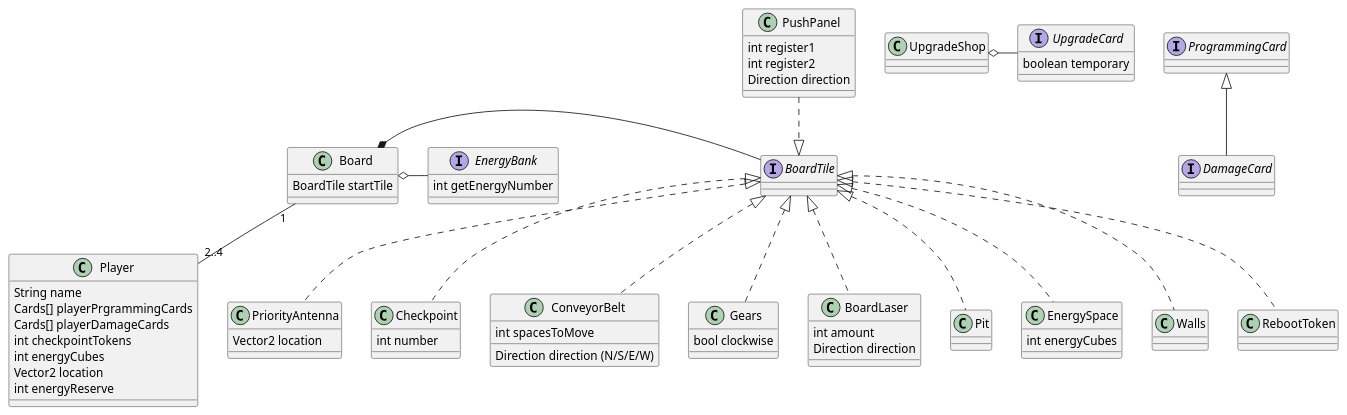
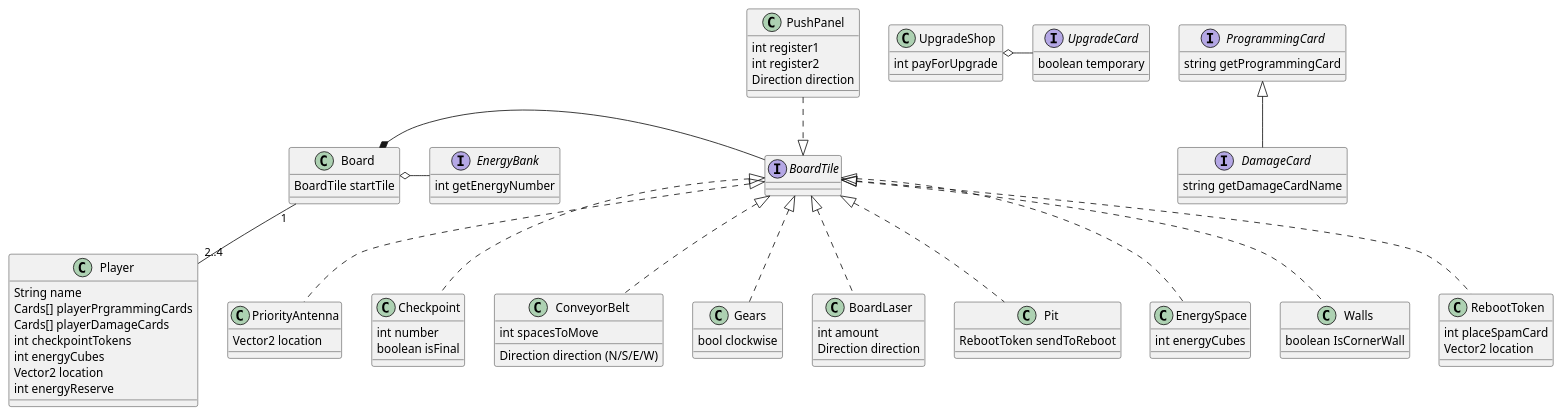
One commit to nikguin04/RoboRally changed the diagram in etc/domain.pu. Above: the diagram before and after it, drawn with PlantUML.

Commit message:
Added things to, UpgradeShop, ProgrammingCard, DamageCard, Checkpoint, Pit, Walls and RebootToken

```diff
--- a/etc/domain.pu
+++ b/etc/domain.pu
@@ -1,67 +1,79 @@
 @startuml
 
 class Player {
     String name
     Cards[] playerPrgrammingCards
     Cards[] playerDamageCards
     int checkpointTokens
     int energyCubes
     Vector2 location
     int energyReserve 
 }
 
 class Board {
     BoardTile startTile
 }
 Board *- BoardTile
 Board "1" -- "2..4" Player
 
 interface BoardTile { }
 
 interface EnergyBank {
     int getEnergyNumber
 }
 Board o- EnergyBank
 
-class RebootToken implements BoardTile { }
+class RebootToken implements BoardTile {
+    int placeSpamCard
+    Vector2 location
+}
 class PriorityAntenna implements BoardTile {
     Vector2 location
  }
 class Checkpoint implements BoardTile {
     int number
+    boolean isFinal
 }
 class ConveyorBelt implements BoardTile {
     int spacesToMove
     Direction direction (N/S/E/W)
 }
 class PushPanel {
     int register1
     int register2
     Direction direction
 }
 BoardTile <|.up. PushPanel
 class Gears implements BoardTile {
     bool clockwise
 }
 class BoardLaser implements BoardTile {
     int amount
     Direction direction
 }
-class Pit implements BoardTile {}
+class Pit implements BoardTile {
+    RebootToken sendToReboot
+}
 class EnergySpace implements BoardTile {
     int energyCubes
 }
 class Walls implements BoardTile {
-    
+    boolean IsCornerWall
 }
 
-class UpgradeShop { }
+class UpgradeShop { 
+    int payForUpgrade
+}
 UpgradeShop o- UpgradeCard
 
-interface ProgrammingCard { }
-interface DamageCard implements ProgrammingCard { }
+interface ProgrammingCard { 
+    string getProgrammingCard
+}
+interface DamageCard implements ProgrammingCard { 
+    string getDamageCardName
+}
 interface UpgradeCard { 
     boolean temporary
 }
 
 @enduml
```
